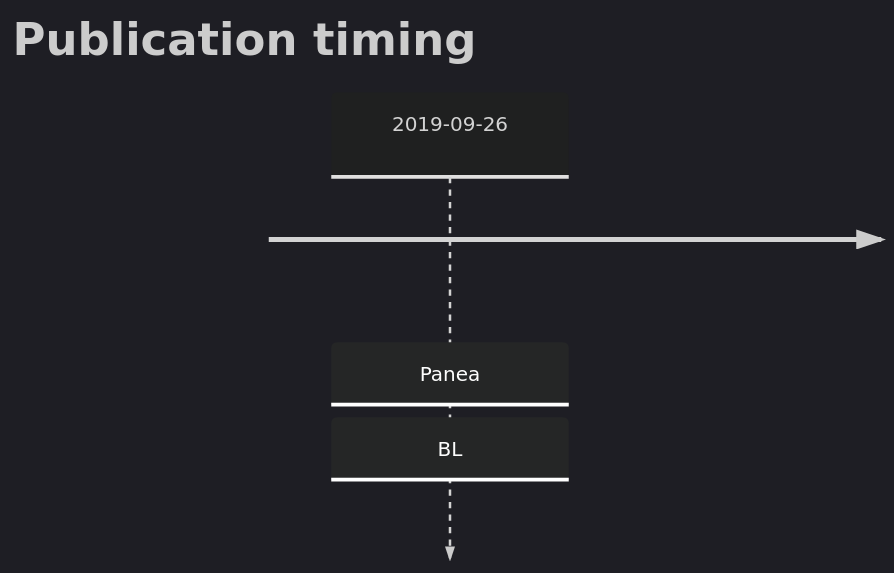
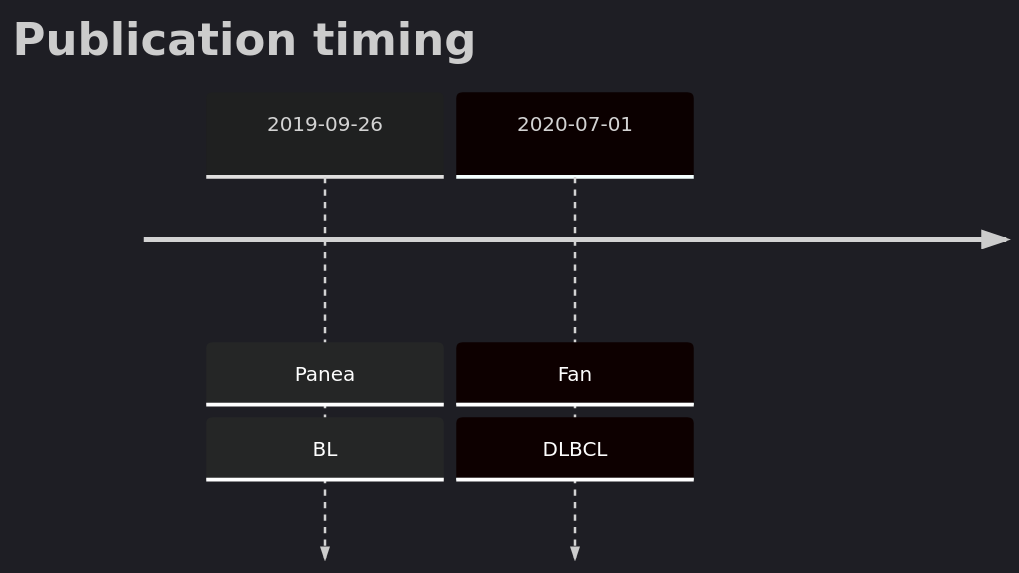
One commit to morinlab/lymphopedia changed the diagram in mermaid_PLCG2.md. Above: the diagram before and after it, drawn with Mermaid.

````diff
--- a/mermaid_PLCG2.md
+++ b/mermaid_PLCG2.md
@@ -2,6 +2,7 @@
 ```mermaid
 %%{init: { 'logLevel': 'debug', 'theme': 'dark' } }%%
 timeline
     title Publication timing
       2019-09-26 : Panea : BL
+      2020-07-01 : Fan: DLBCL
 ```
````
